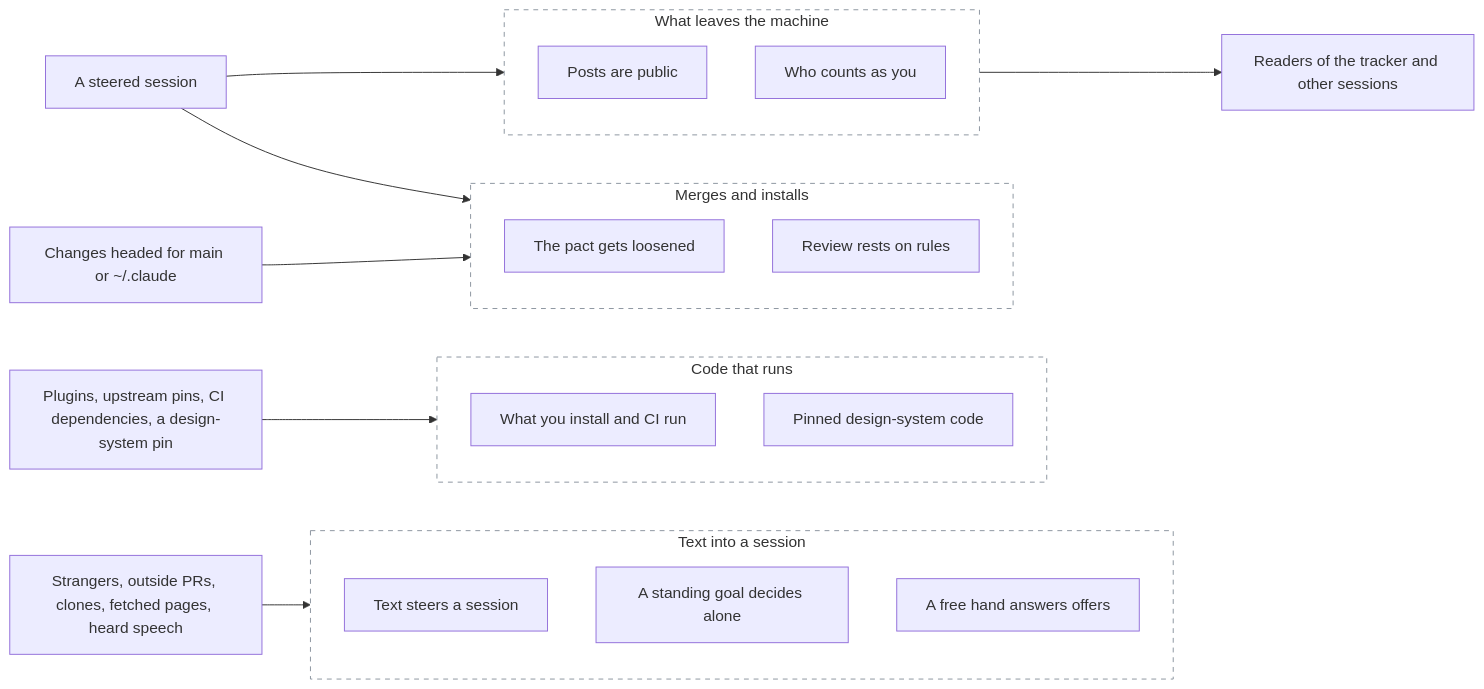
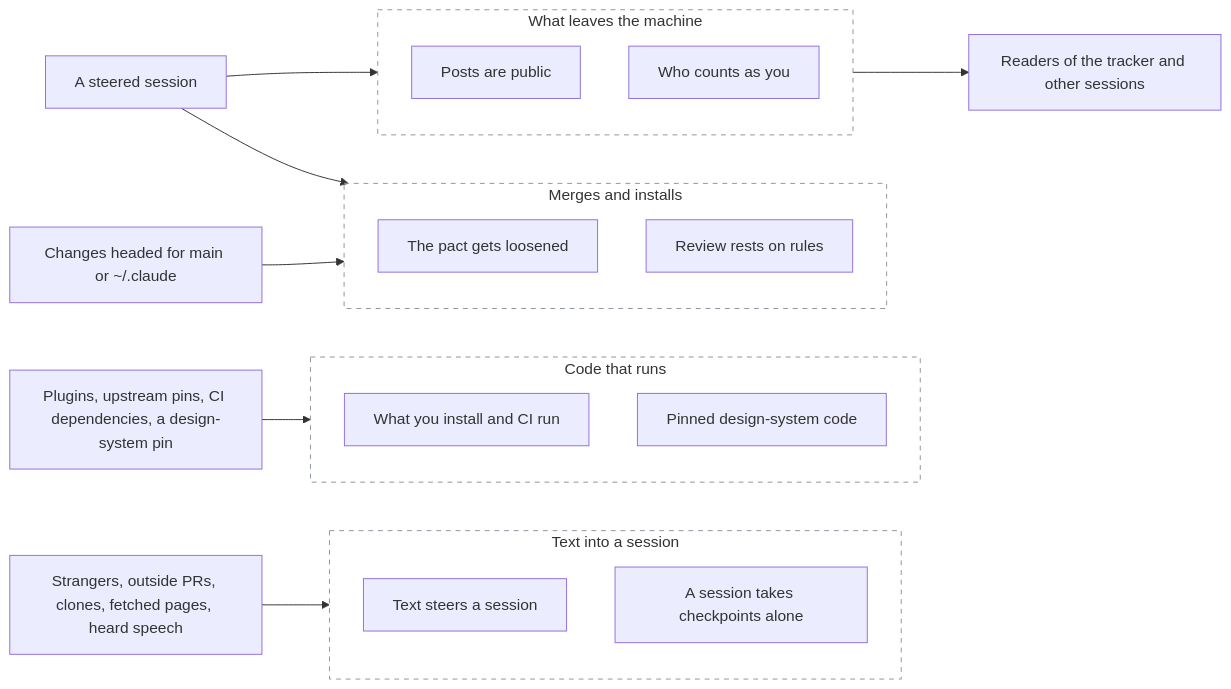
Before and after one commit to mephistopheles4/the-pact: the first of 2 diagrams in docs/threat-model.md, drawn with Mermaid. The commit also changed other lines of this file and 37 other files, not shown here.

First line of the commit message:
#557: checkpoints and hard stops in the pact text (T2 of #554) (#560)

````diff
--- a/docs/threat-model.md
+++ b/docs/threat-model.md
@@ -21,38 +21,37 @@
 ```mermaid
 flowchart LR
   outside["Strangers, outside PRs, clones, fetched pages, heard speech"]
   upstream["Plugins, upstream pins, CI dependencies, a design-system pin"]
   owner["Changes headed for main or ~/.claude"]
   session["A steered session"]
   readers["Readers of the tracker and other sessions"]
 
   subgraph B1["Text into a session"]
     T1["Text steers a session"]
-    T2["A standing goal decides alone"]
-    T3["A free hand answers offers"]
+    T2["A session takes checkpoints alone"]
   end
   subgraph B2["Code that runs"]
-    T4["What you install and CI run"]
-    T5["Pinned design-system code"]
+    T3["What you install and CI run"]
+    T4["Pinned design-system code"]
   end
   subgraph B3["Merges and installs"]
-    T6["The pact gets loosened"]
-    T7["Review rests on rules"]
+    T5["The pact gets loosened"]
+    T6["Review rests on rules"]
   end
   subgraph B4["What leaves the machine"]
-    T8["Posts are public"]
-    T9["Who counts as you"]
+    T7["Posts are public"]
+    T8["Who counts as you"]
   end
 
   outside --> B1
   upstream --> B2
   session --> B3
   owner --> B3
   session --> B4
   B4 --> readers
 
   style B1 fill:transparent,stroke:#8c959f,stroke-dasharray: 5 5
   style B2 fill:transparent,stroke:#8c959f,stroke-dasharray: 5 5
   style B3 fill:transparent,stroke:#8c959f,stroke-dasharray: 5 5
   style B4 fill:transparent,stroke:#8c959f,stroke-dasharray: 5 5
 ```
````
